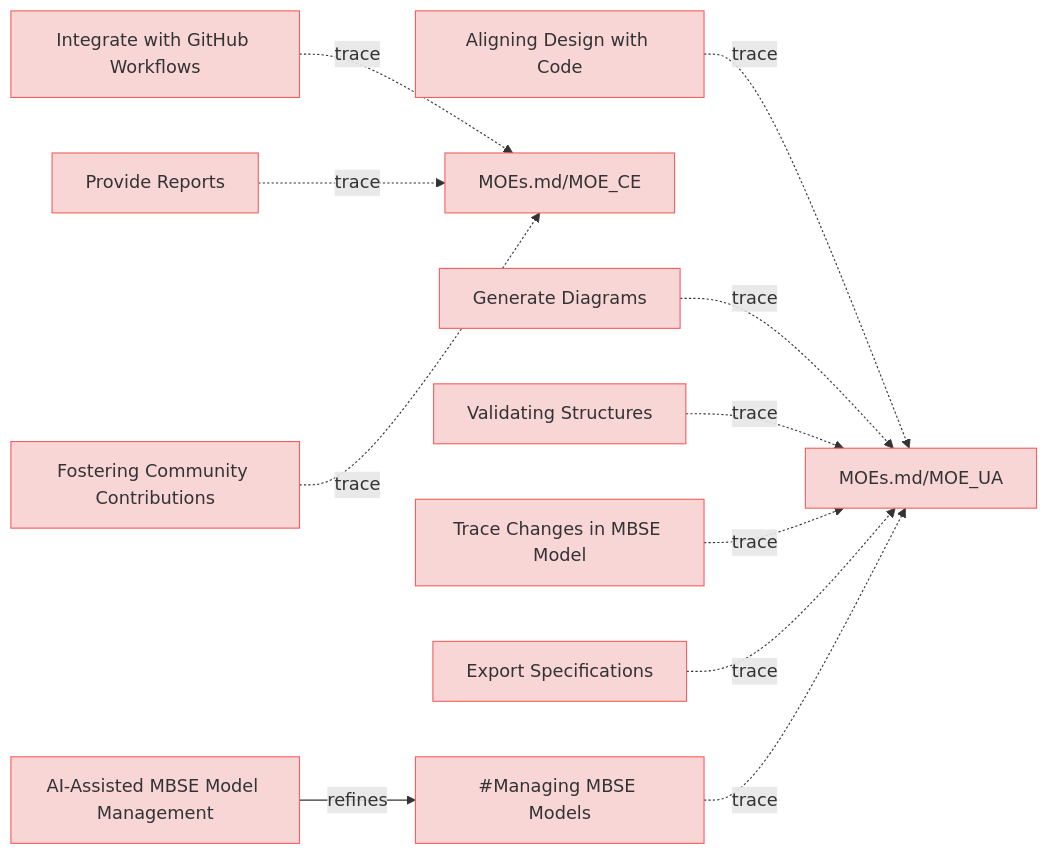
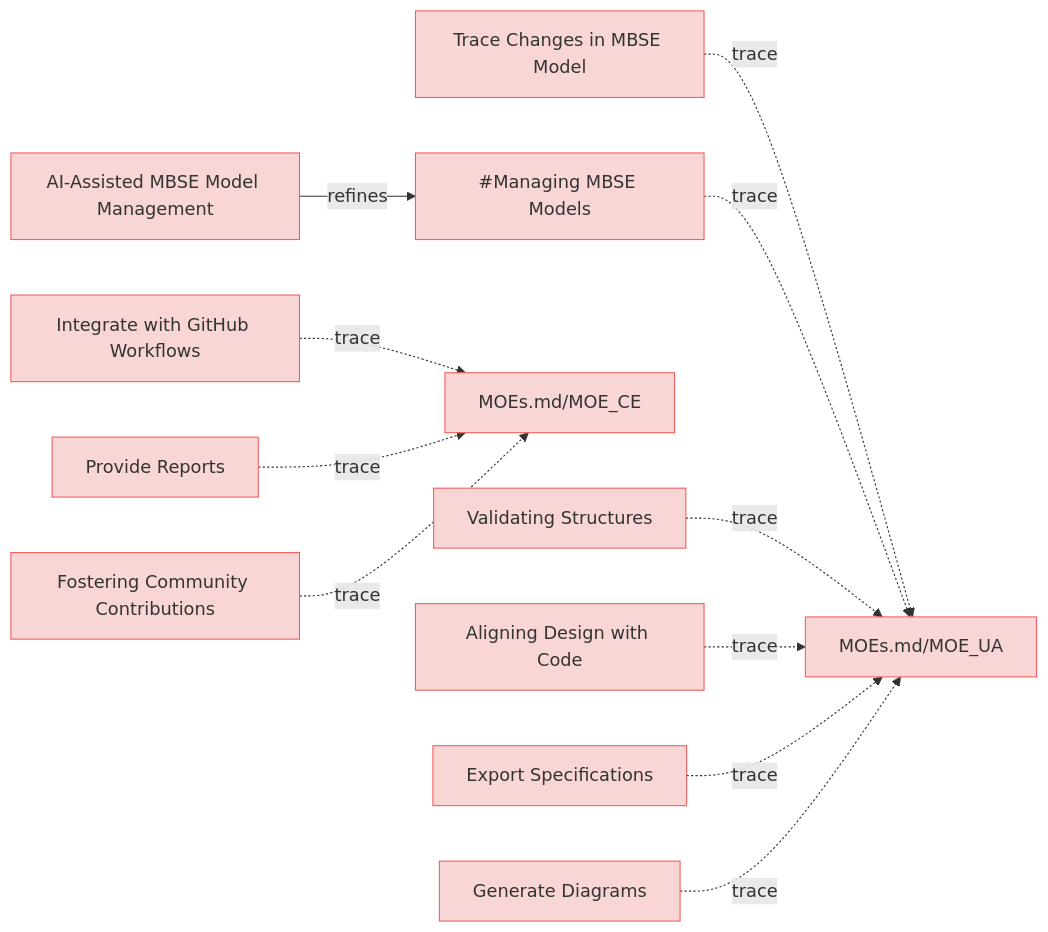
One commit to reqvire-org/reqvire changed the diagram in specifications/UserStories.md. Above: the diagram before and after it, drawn with Mermaid. The commit also changed other lines of this file and 14 other files, not shown here.

````diff
--- a/specifications/UserStories.md
+++ b/specifications/UserStories.md
@@ -12,55 +12,55 @@
 ```mermaid
 graph LR;
   %% Graph styling
   classDef requirement fill:#f9d6d6,stroke:#f55f5f,stroke-width:1px;
   classDef verification fill:#d6f9d6,stroke:#5fd75f,stroke-width:1px;
   classDef externalLink fill:#d0e0ff,stroke:#3080ff,stroke-width:1px;
   classDef default fill:#f5f5f5,stroke:#333333,stroke-width:1px;
 
-  855a1b3061c7bcdd["Aligning Design with Code"];
-  class 855a1b3061c7bcdd requirement;
-  click 855a1b3061c7bcdd "UserStories.md#aligning-design-with-code";
+  5ef9c8ae19a9f55a["Trace Changes in MBSE Model"];
+  class 5ef9c8ae19a9f55a requirement;
+  click 5ef9c8ae19a9f55a "UserStories.md#trace-changes-in-mbse-model";
   2c5f30f14e792200["MOEs.md/MOE_UA"];
   class 2c5f30f14e792200 requirement;
   click 2c5f30f14e792200 "MOEs.md#moe_ua";
-  855a1b3061c7bcdd -.->|trace| 2c5f30f14e792200;
+  5ef9c8ae19a9f55a -.->|trace| 2c5f30f14e792200;
+  cd2d5dab49985ca2["AI-Assisted MBSE Model Management"];
+  class cd2d5dab49985ca2 requirement;
+  click cd2d5dab49985ca2 "UserStories.md#ai-assisted-mbse-model-management";
+  e61b7c1baa89bfc6["#Managing MBSE Models"];
+  class e61b7c1baa89bfc6 requirement;
+  click e61b7c1baa89bfc6 "UserStories.md#managing-mbse-models";
+  cd2d5dab49985ca2 -->|refines| e61b7c1baa89bfc6;
   98eaeddc27f99e11["Integrate with GitHub Workflows"];
   class 98eaeddc27f99e11 requirement;
   click 98eaeddc27f99e11 "UserStories.md#integrate-with-github-workflows";
   e9ad540a6411a0fc["MOEs.md/MOE_CE"];
   class e9ad540a6411a0fc requirement;
   click e9ad540a6411a0fc "MOEs.md#moe_ce";
   98eaeddc27f99e11 -.->|trace| e9ad540a6411a0fc;
-  37a5b8e199a838f["Generate Diagrams"];
-  class 37a5b8e199a838f requirement;
-  click 37a5b8e199a838f "UserStories.md#generate-diagrams";
-  37a5b8e199a838f -.->|trace| 2c5f30f14e792200;
+  e61b7c1baa89bfc6 -.->|trace| 2c5f30f14e792200;
   113748a94885138d["Validating Structures"];
   class 113748a94885138d requirement;
   click 113748a94885138d "UserStories.md#validating-structures";
   113748a94885138d -.->|trace| 2c5f30f14e792200;
   91a0adb0b4d959c4["Provide Reports"];
   class 91a0adb0b4d959c4 requirement;
   click 91a0adb0b4d959c4 "UserStories.md#provide-reports";
   91a0adb0b4d959c4 -.->|trace| e9ad540a6411a0fc;
-  5ef9c8ae19a9f55a["Trace Changes in MBSE Model"];
-  class 5ef9c8ae19a9f55a requirement;
-  click 5ef9c8ae19a9f55a "UserStories.md#trace-changes-in-mbse-model";
-  5ef9c8ae19a9f55a -.->|trace| 2c5f30f14e792200;
-  cd2d5dab49985ca2["AI-Assisted MBSE Model Management"];
-  class cd2d5dab49985ca2 requirement;
-  click cd2d5dab49985ca2 "UserStories.md#ai-assisted-mbse-model-management";
-  e61b7c1baa89bfc6["#Managing MBSE Models"];
-  class e61b7c1baa89bfc6 requirement;
-  click e61b7c1baa89bfc6 "UserStories.md#managing-mbse-models";
-  cd2d5dab49985ca2 -->|refines| e61b7c1baa89bfc6;
+  855a1b3061c7bcdd["Aligning Design with Code"];
+  class 855a1b3061c7bcdd requirement;
+  click 855a1b3061c7bcdd "UserStories.md#aligning-design-with-code";
+  855a1b3061c7bcdd -.->|trace| 2c5f30f14e792200;
   b3b899678f557ee9["Export Specifications"];
   class b3b899678f557ee9 requirement;
   click b3b899678f557ee9 "UserStories.md#export-specifications";
   b3b899678f557ee9 -.->|trace| 2c5f30f14e792200;
-  e61b7c1baa89bfc6 -.->|trace| 2c5f30f14e792200;
+  37a5b8e199a838f["Generate Diagrams"];
+  class 37a5b8e199a838f requirement;
+  click 37a5b8e199a838f "UserStories.md#generate-diagrams";
+  37a5b8e199a838f -.->|trace| 2c5f30f14e792200;
   1c32d488dd358c54["Fostering Community Contributions"];
   class 1c32d488dd358c54 requirement;
   click 1c32d488dd358c54 "UserStories.md#fostering-community-contributions";
   1c32d488dd358c54 -.->|trace| e9ad540a6411a0fc;
 ```
````
